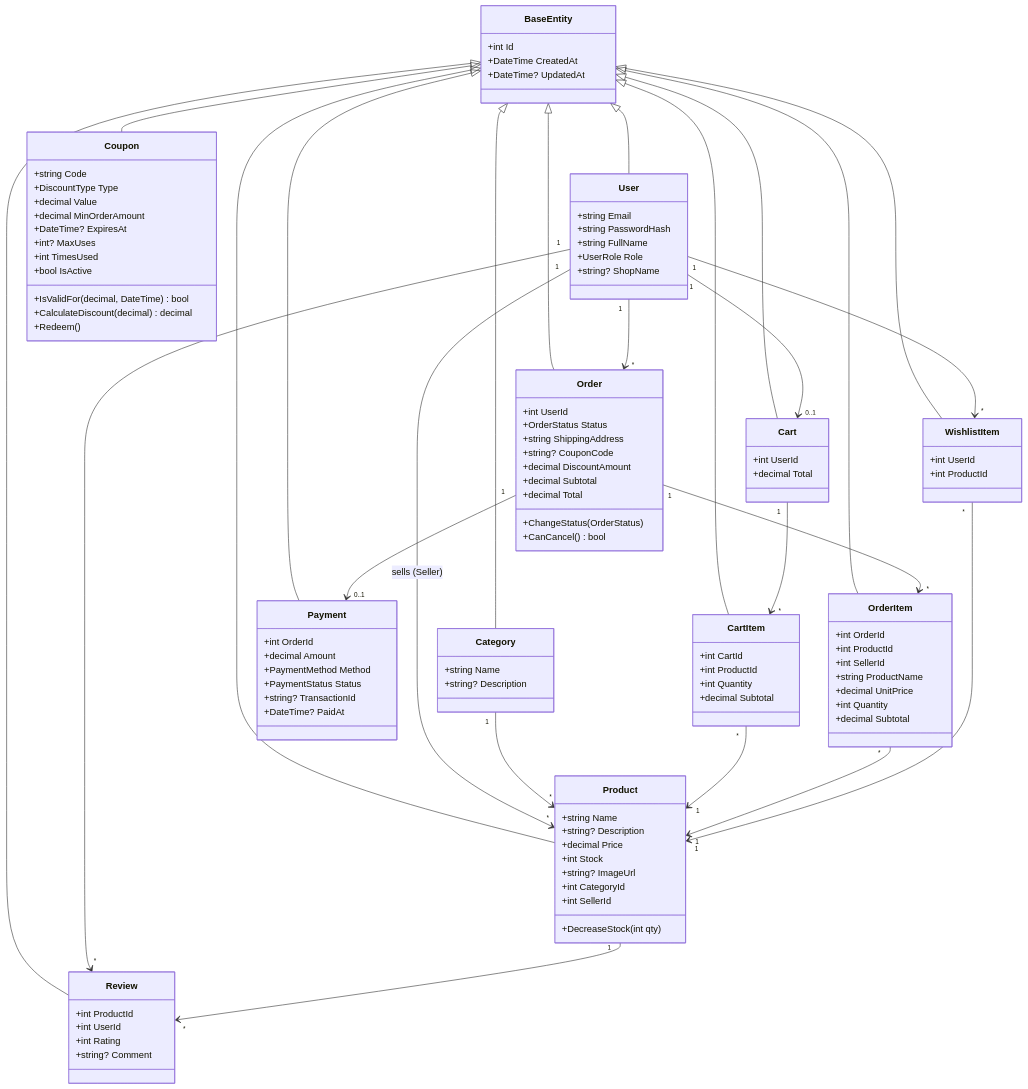
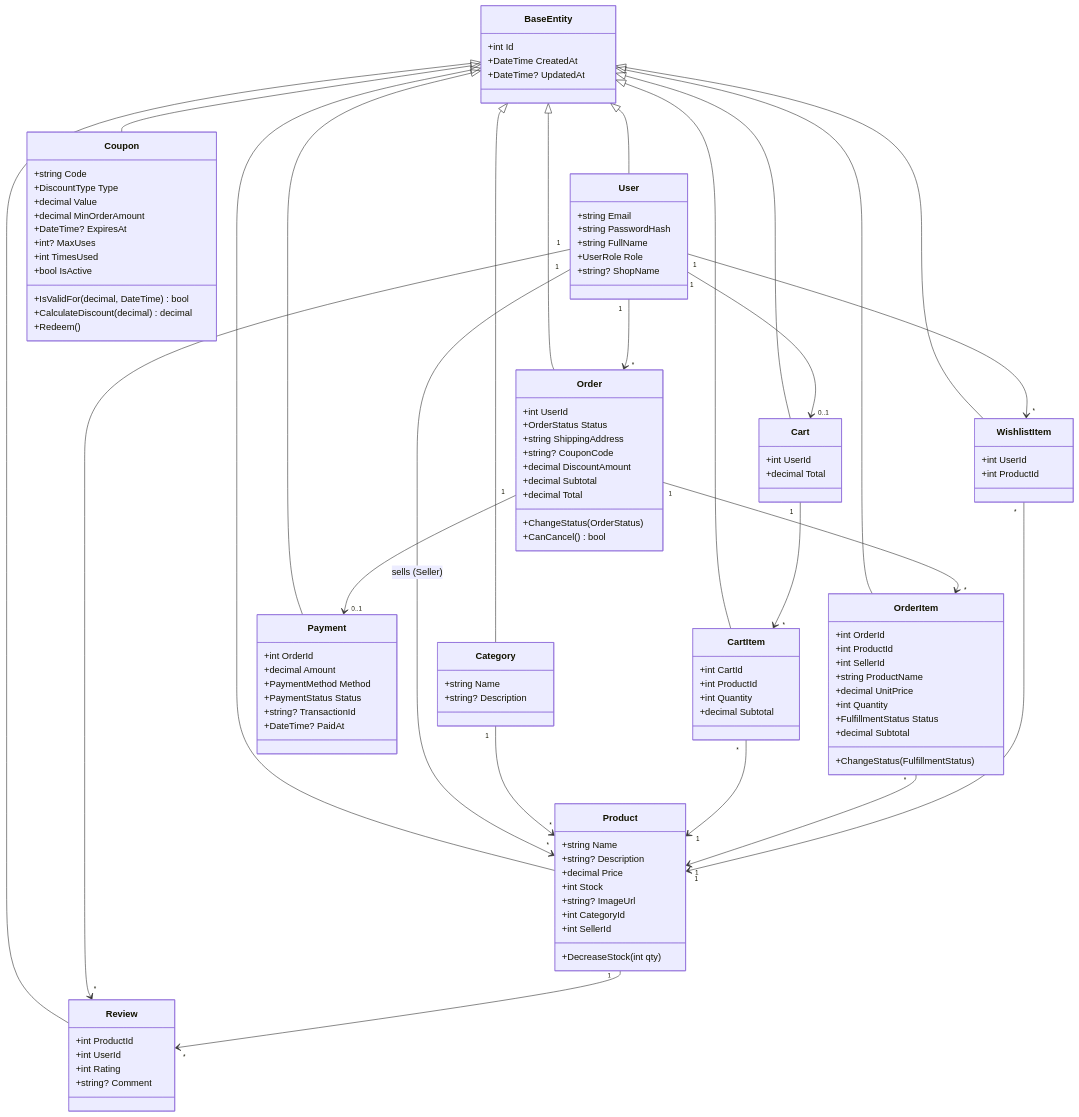
Before and after one commit to nhuy2005-alexandors/Marketplace: the first of 2 diagrams in docs/class-erd.md, drawn with Mermaid. The commit also changed other lines of this file and 22 other files, not shown here.

```diff
--- a/docs/class-erd.md
+++ b/docs/class-erd.md
@@ -65,7 +65,9 @@
         +string ProductName
         +decimal UnitPrice
         +int Quantity
+        +FulfillmentStatus Status
         +decimal Subtotal
+        +ChangeStatus(FulfillmentStatus)
     }
 
     class Payment {
```
